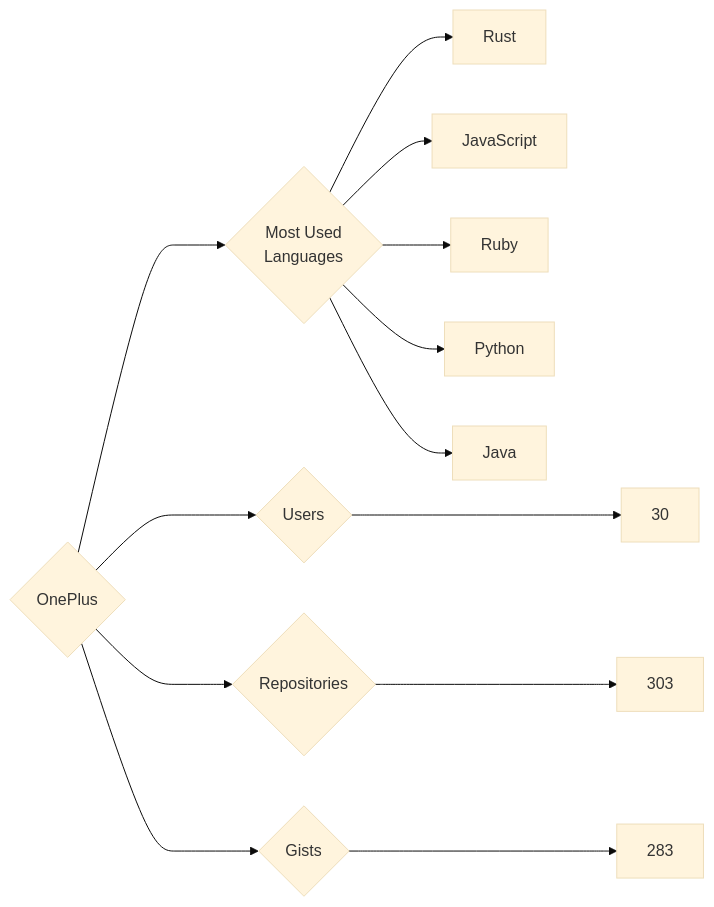
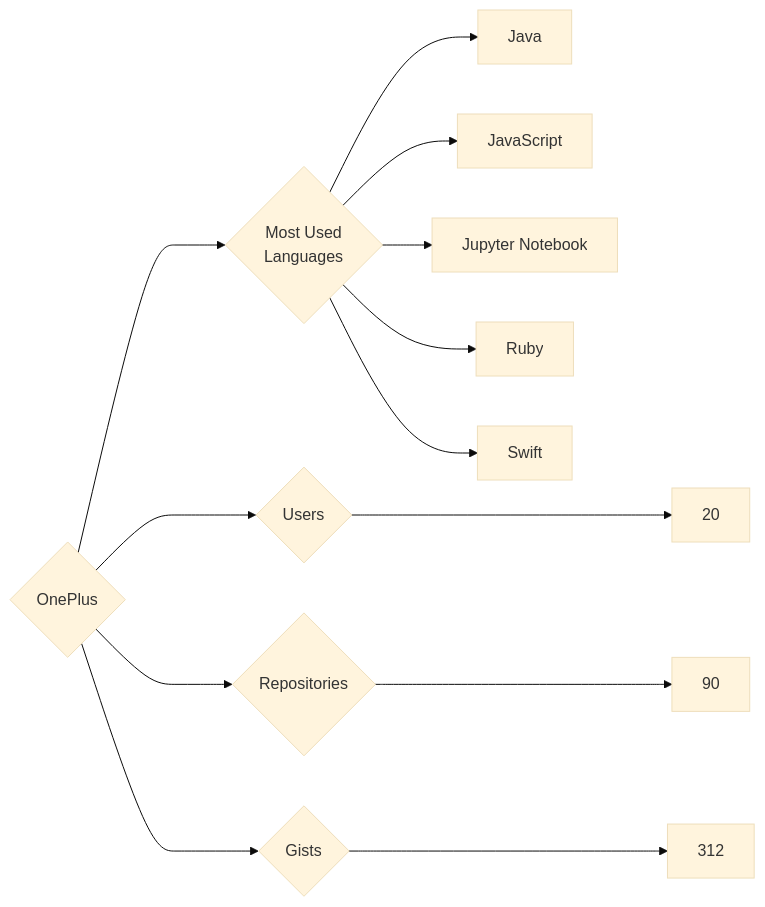
The diagram in targets/OnePlus/README.md (trickest/insiders), drawn with Mermaid (base theme) before and after one commit. The commit also changed 948 other files, not shown here.

````diff
--- a/targets/OnePlus/README.md
+++ b/targets/OnePlus/README.md
@@ -3,13 +3,13 @@
 ```mermaid
 graph LR
 COMPANY_NAME{OnePlus}
-COMPANY_NAME ---> U{Users} ---> UN[30]
-COMPANY_NAME ---> R{Repositories} ---> RN[303]
-COMPANY_NAME ---> G{Gists} ---> GN[283]
+COMPANY_NAME ---> U{Users} ---> UN[20]
+COMPANY_NAME ---> R{Repositories} ---> RN[90]
+COMPANY_NAME ---> G{Gists} ---> GN[312]
 COMPANY_NAME ---> ML{Most Used<br>Languages}
-ML --> Rust[Rust]
+ML --> Java[Java]
 ML --> JavaScript[JavaScript]
+ML --> Jupyter_Notebook[Jupyter Notebook]
 ML --> Ruby[Ruby]
-ML --> Python[Python]
-ML --> Java[Java]
+ML --> Swift[Swift]
 ```
````
